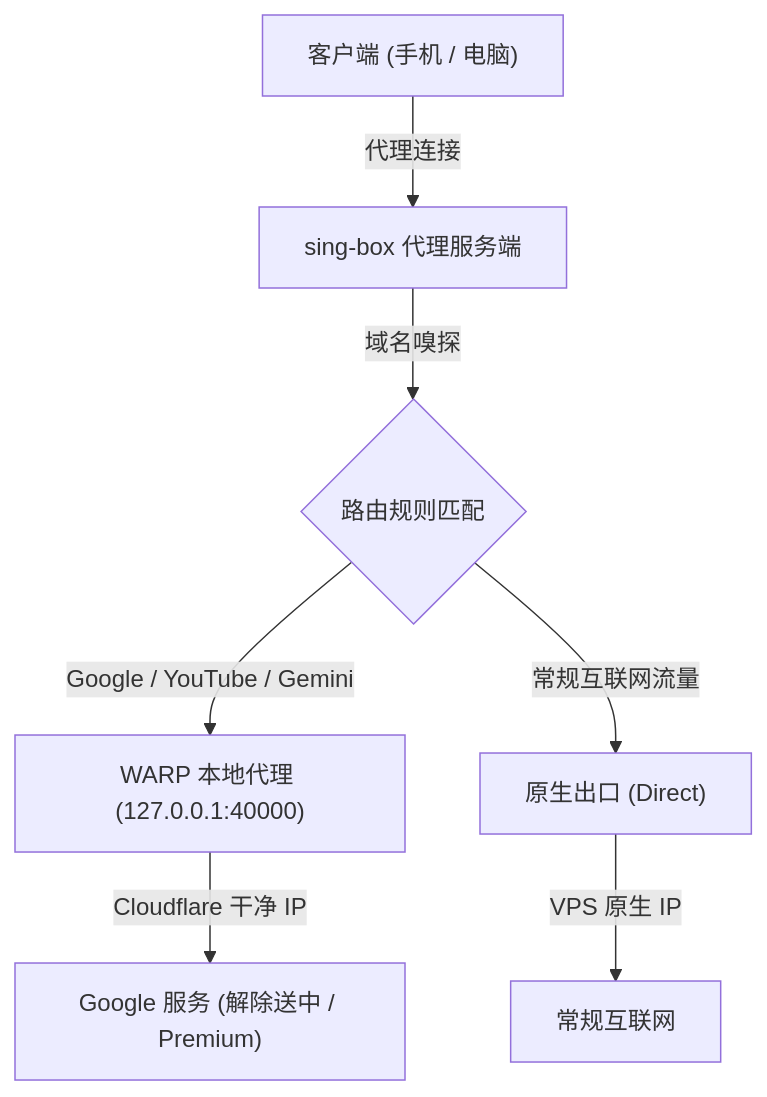
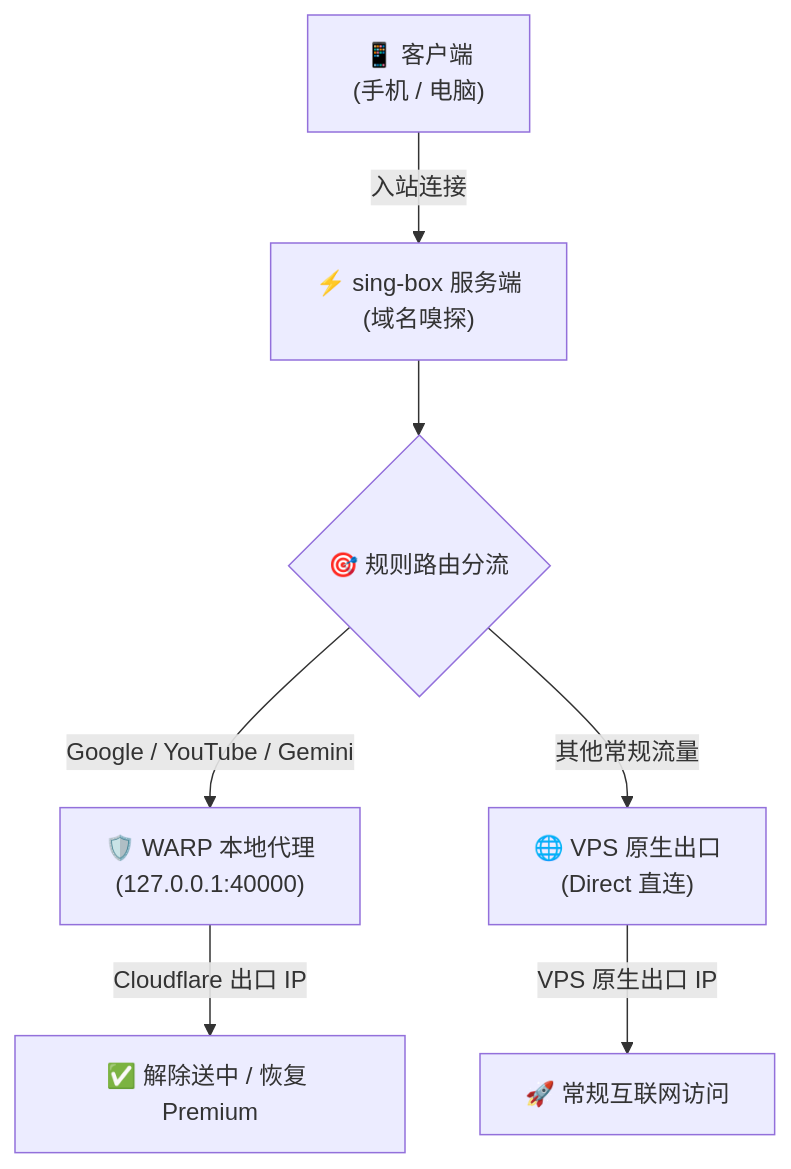
Before and after one commit to cfm019/warp2google: the diagram in README.md, drawn with Mermaid.

````diff
--- a/README.md
+++ b/README.md
@@ -14,13 +14,12 @@
 ```mermaid
 flowchart TD
-    Client["客户端 (手机 / 电脑)"]
-    Client -->|"代理连接"| Singbox["sing-box 代理服务端"]
+    Client["📱 客户端<br/>(手机 / 电脑)"] -->|"入站连接"| Singbox["⚡ sing-box 服务端<br/>(域名嗅探)"]
     
-    Singbox -->|"域名嗅探"| Router{"路由规则匹配"}
+    Singbox --> Router{"🎯 规则路由分流"}
     
-    Router -->|"Google / YouTube / Gemini"| Warp["WARP 本地代理 (127.0.0.1:40000)"]
-    Router -->|"常规互联网流量"| Direct["原生出口 (Direct)"]
+    Router -->|"Google / YouTube / Gemini"| Warp["🛡️ WARP 本地代理<br/>(127.0.0.1:40000)"]
+    Router -->|"其他常规流量"| Direct["🌐 VPS 原生出口<br/>(Direct 直连)"]
     
-    Warp -->|"Cloudflare 干净 IP"| TargetGoogle["Google 服务 (解除送中 / Premium)"]
-    Direct -->|"VPS 原生 IP"| TargetWeb["常规互联网"]
+    Warp -->|"Cloudflare 出口 IP"| TargetGoogle["✅ 解除送中 / 恢复 Premium"]
+    Direct -->|"VPS 原生出口 IP"| TargetWeb["🚀 常规互联网访问"]
 ```
````
